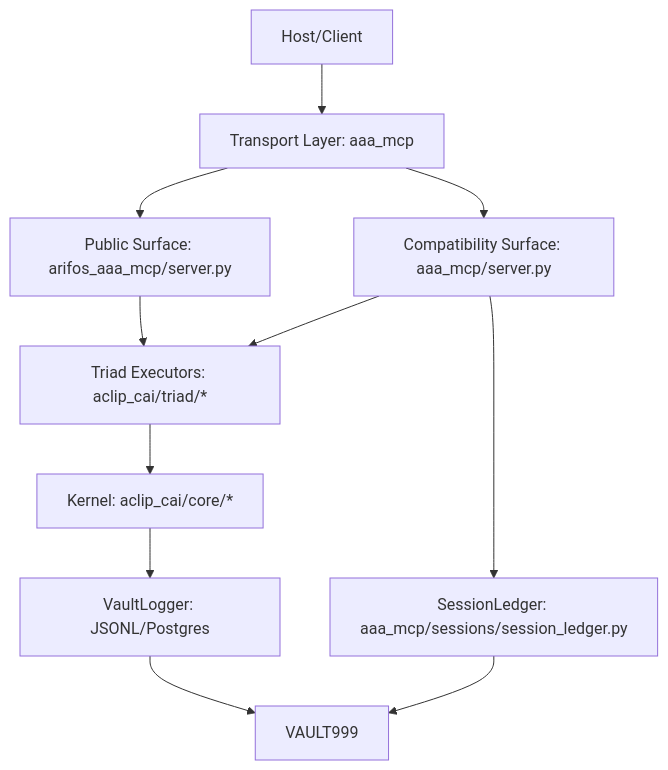
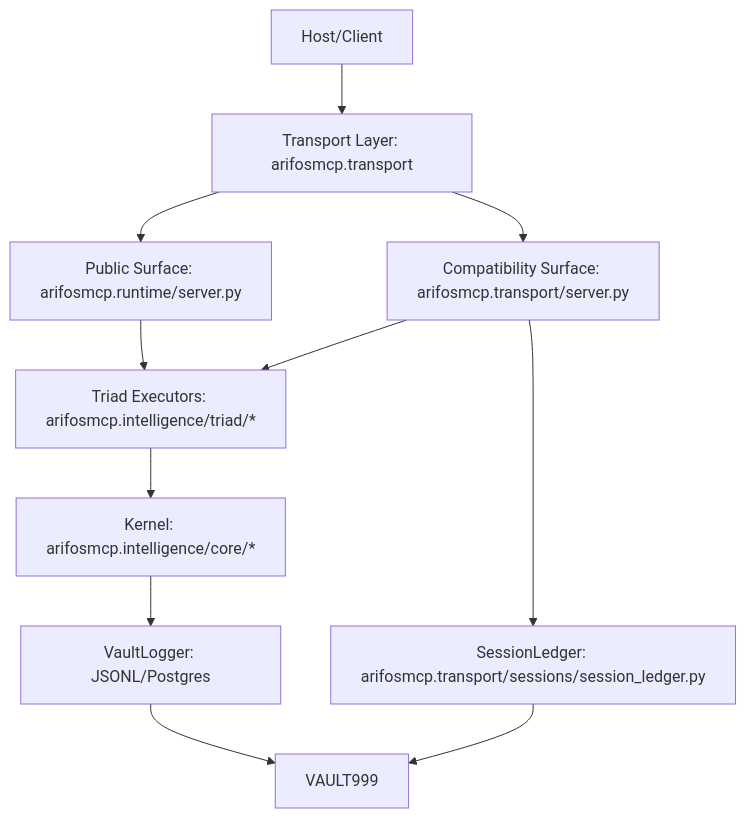
One commit to ariffazil/arifos changed the diagram in docs/architecture/AAA_MCP_SYSTEM_MAP.md. Above: the diagram before and after it, drawn with Mermaid. The commit also changed other lines of this file and 937 other files, not shown here.

Commit message:
feat: Initialize arifosmcp project with core application logic, extensive testing, comprehensive documentation, and CI/CD infrastructure.

````diff
--- a/docs/architecture/AAA_MCP_SYSTEM_MAP.md
+++ b/docs/architecture/AAA_MCP_SYSTEM_MAP.md
@@ -7,13 +7,13 @@
 ```mermaid
 flowchart TD
-    U[Host/Client] --> T[Transport Layer: aaa_mcp]
-    T --> S1[Public Surface: arifos_aaa_mcp/server.py]
-    T --> S2[Compatibility Surface: aaa_mcp/server.py]
-    S1 --> TRI[Triad Executors: aclip_cai/triad/*]
+    U[Host/Client] --> T[Transport Layer: arifosmcp.transport]
+    T --> S1[Public Surface: arifosmcp.runtime/server.py]
+    T --> S2[Compatibility Surface: arifosmcp.transport/server.py]
+    S1 --> TRI[Triad Executors: arifosmcp.intelligence/triad/*]
     S2 --> TRI
-    TRI --> K[Kernel: aclip_cai/core/*]
+    TRI --> K[Kernel: arifosmcp.intelligence/core/*]
     K --> V1[VaultLogger: JSONL/Postgres]
-    S2 --> V2[SessionLedger: aaa_mcp/sessions/session_ledger.py]
+    S2 --> V2[SessionLedger: arifosmcp.transport/sessions/session_ledger.py]
     V1 --> V[VAULT999]
     V2 --> V
 ```
````
